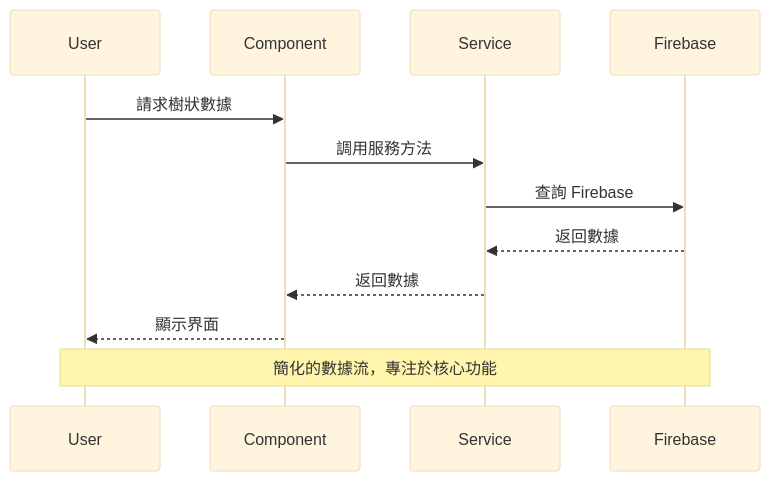
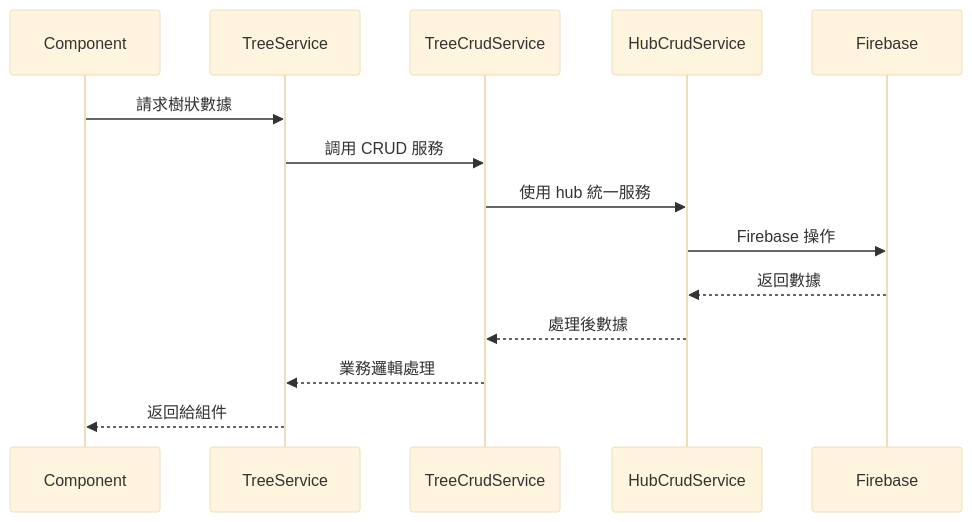
One commit to ac484/ng-alain changed the second of 2 diagrams in .kiro/specs/tree-feature-migration/design.md. Above: the diagram before and after it, drawn with Mermaid (base theme). The commit also changed other lines of this file and 2 other files, not shown here.

Commit message:
更新樹狀功能遷移文檔，詳細說明遷移策略、目標架構及各組件和服務的遷移計劃，確保原有功能完整性並整合到 hub 生態系統中，提升系統的一致性與可維護性。

````diff
--- a/.kiro/specs/tree-feature-migration/design.md
+++ b/.kiro/specs/tree-feature-migration/design.md
@@ -55,16 +196,17 @@
 ```mermaid
 sequenceDiagram
-    participant U as User
     participant C as Component
-    participant S as Service
-    participant F as Firebase
+    participant TS as TreeService
+    participant TCS as TreeCrudService
+    participant HCS as HubCrudService
+    participant FB as Firebase
     
-    U->>C: 請求樹狀數據
-    C->>S: 調用服務方法
-    S->>F: 查詢 Firebase
-    F-->>S: 返回數據
-    S-->>C: 返回數據
-    C-->>U: 顯示界面
-    
-    Note over U,F: 簡化的數據流，專注於核心功能
+    C->>TS: 請求樹狀數據
+    TS->>TCS: 調用 CRUD 服務
+    TCS->>HCS: 使用 hub 統一服務
+    HCS->>FB: Firebase 操作
+    FB-->>HCS: 返回數據
+    HCS-->>TCS: 處理後數據
+    TCS-->>TS: 業務邏輯處理
+    TS-->>C: 返回給組件
 ```
````
